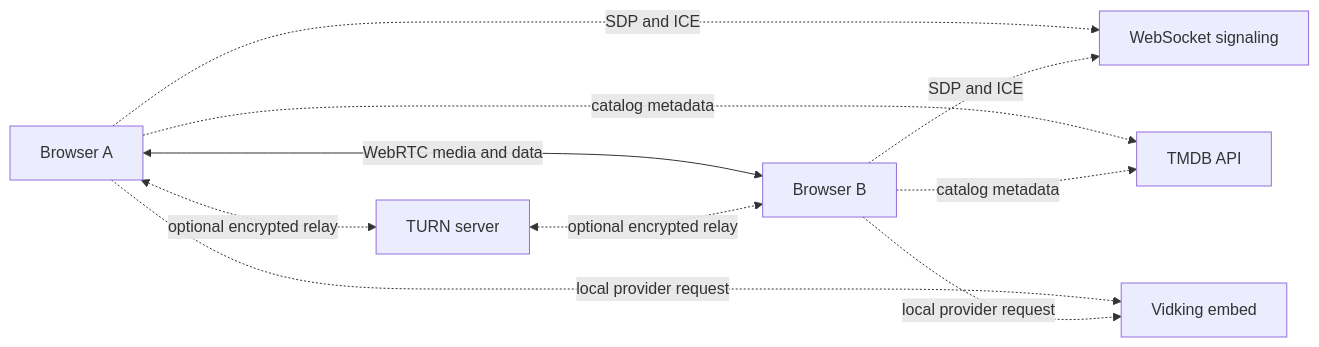
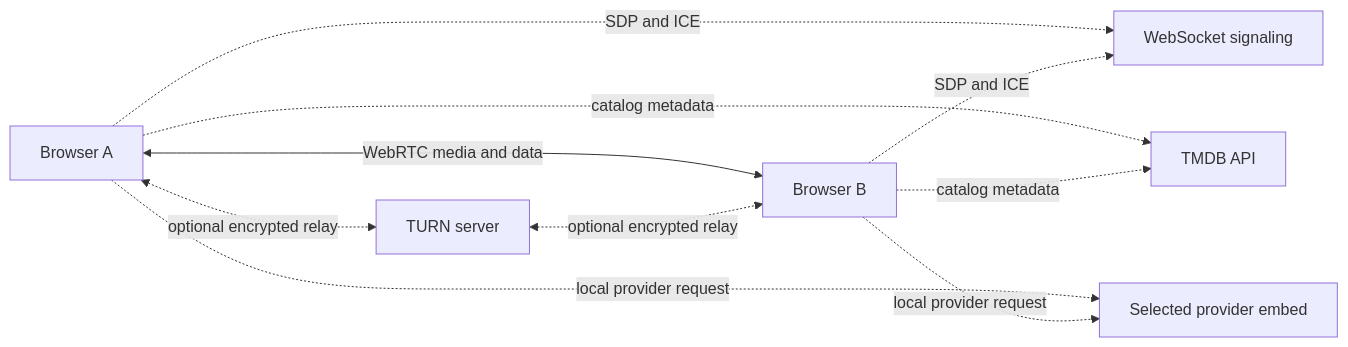
The diagram in README.md (benson09121/WebRTC-screenshare-frontend), drawn with Mermaid before and after one commit. The commit also changed other lines of this file and 44 other files, not shown here.

````diff
--- a/README.md
+++ b/README.md
@@ -36,12 +36,12 @@
 ```mermaid
 flowchart LR
     A[Browser A] <-->|WebRTC media and data| B[Browser B]
     A -. SDP and ICE .-> S[WebSocket signaling]
     B -. SDP and ICE .-> S
     A <-. optional encrypted relay .-> T[TURN server]
     T <-. optional encrypted relay .-> B
     A -. catalog metadata .-> M[TMDB API]
     B -. catalog metadata .-> M
-    A -. local provider request .-> P[Vidking embed]
+    A -. local provider request .-> P[Selected provider embed]
     B -. local provider request .-> P
 ```
````
